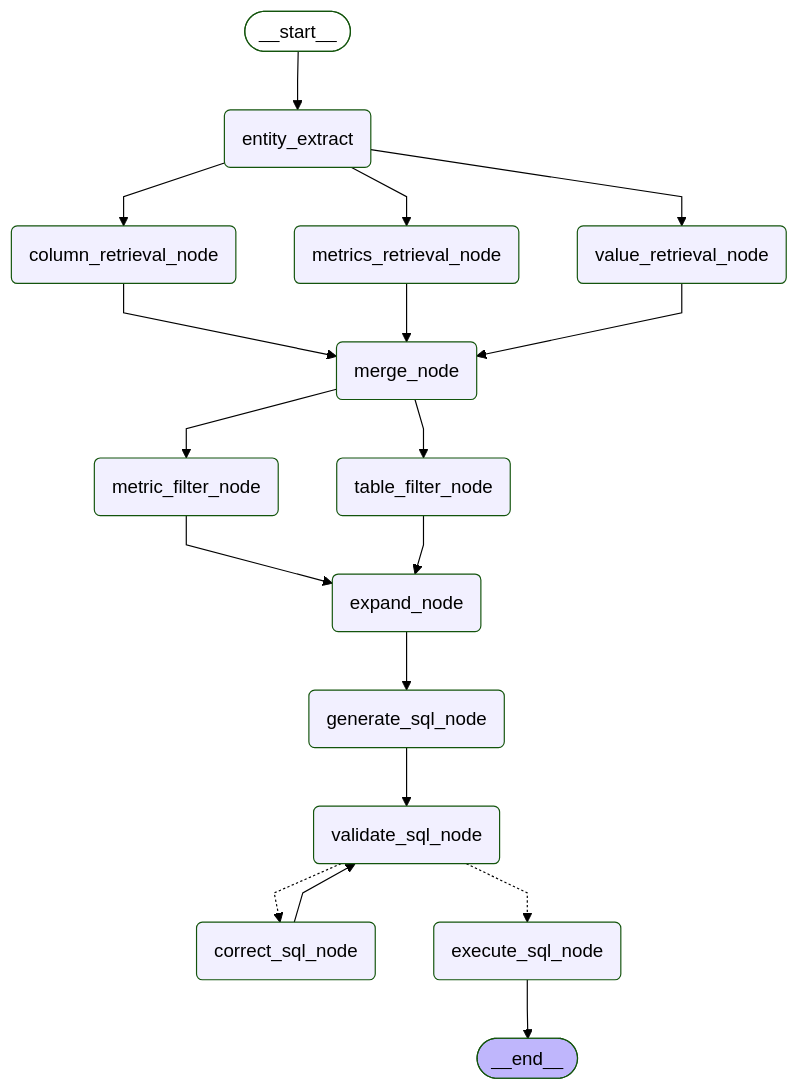
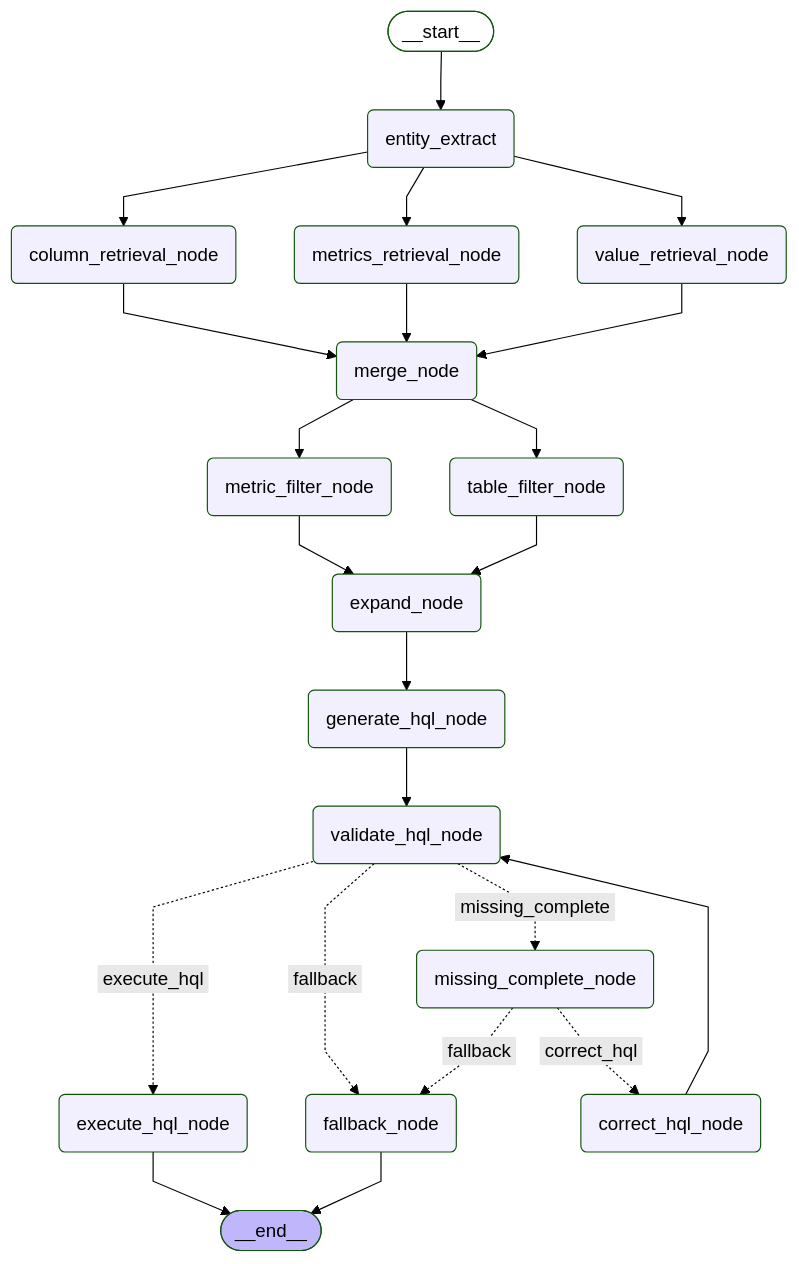
One commit to zs2731070169-web/smart_data_analysis changed the diagram in geaph.mmd. Above: the diagram before and after it, drawn with Mermaid (forest theme). The commit also changed 47 other files, not shown here.

First line of the commit message:
重构 HQL 智能体：节点优化、schema 整理与基准测试

```diff
--- a/geaph.mmd
+++ b/geaph.mmd
@@ -1,40 +1,46 @@
 ---
 config:
   flowchart:
     curve: linear
 ---
 graph TD;
 	__start__([<p>__start__</p>]):::first
 	entity_extract(entity_extract)
 	column_retrieval_node(column_retrieval_node)
 	metrics_retrieval_node(metrics_retrieval_node)
 	value_retrieval_node(value_retrieval_node)
 	merge_node(merge_node)
 	table_filter_node(table_filter_node)
 	metric_filter_node(metric_filter_node)
 	expand_node(expand_node)
-	generate_sql_node(generate_sql_node)
-	validate_sql_node(validate_sql_node)
-	correct_sql_node(correct_sql_node)
-	execute_sql_node(execute_sql_node)
+	generate_hql_node(generate_hql_node)
+	validate_hql_node(validate_hql_node)
+	missing_complete_node(missing_complete_node)
+	correct_hql_node(correct_hql_node)
+	execute_hql_node(execute_hql_node)
+	fallback_node(fallback_node)
 	__end__([<p>__end__</p>]):::last
 	__start__ --> entity_extract;
 	column_retrieval_node --> merge_node;
-	correct_sql_node --> validate_sql_node;
+	correct_hql_node --> validate_hql_node;
 	entity_extract --> column_retrieval_node;
 	entity_extract --> metrics_retrieval_node;
 	entity_extract --> value_retrieval_node;
-	expand_node --> generate_sql_node;
-	generate_sql_node --> validate_sql_node;
+	expand_node --> generate_hql_node;
+	generate_hql_node --> validate_hql_node;
 	merge_node --> metric_filter_node;
 	merge_node --> table_filter_node;
 	metric_filter_node --> expand_node;
 	metrics_retrieval_node --> merge_node;
+	missing_complete_node -. &nbsp;fallback&nbsp; .-> fallback_node;
+	missing_complete_node -. &nbsp;correct_hql&nbsp; .-> correct_hql_node;
 	table_filter_node --> expand_node;
-	validate_sql_node -.-> correct_sql_node;
-	validate_sql_node -.-> execute_sql_node;
+	validate_hql_node -. &nbsp;execute_hql&nbsp; .-> execute_hql_node;
+	validate_hql_node -. &nbsp;fallback&nbsp; .-> fallback_node;
+	validate_hql_node -. &nbsp;missing_complete&nbsp; .-> missing_complete_node;
 	value_retrieval_node --> merge_node;
-	execute_sql_node --> __end__;
+	execute_hql_node --> __end__;
+	fallback_node --> __end__;
 	classDef default fill:#f2f0ff,line-height:1.2
 	classDef first fill-opacity:0
 	classDef last fill:#bfb6fc
```
